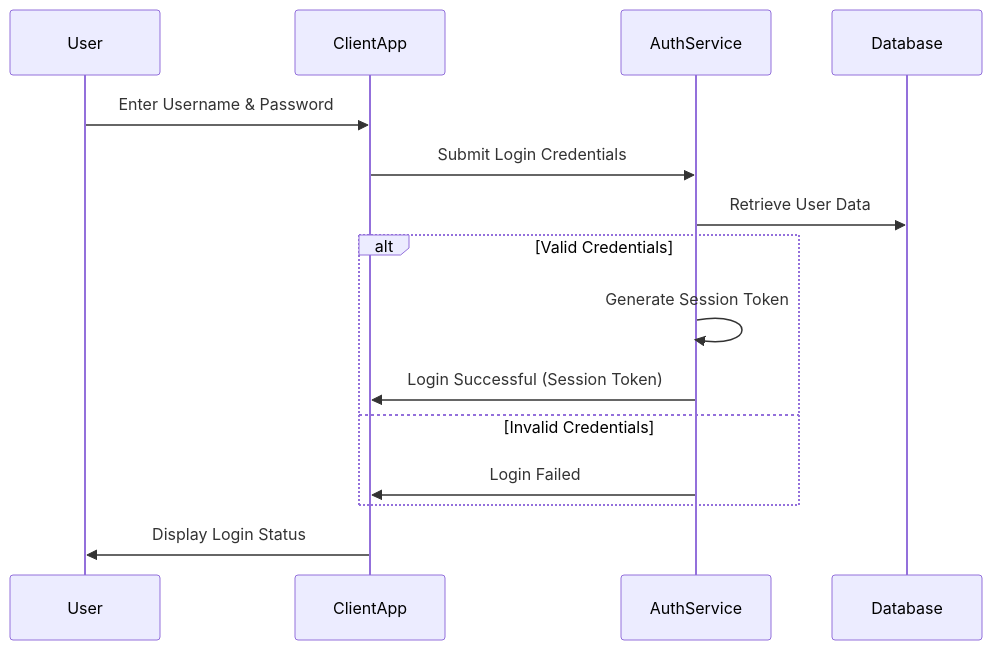
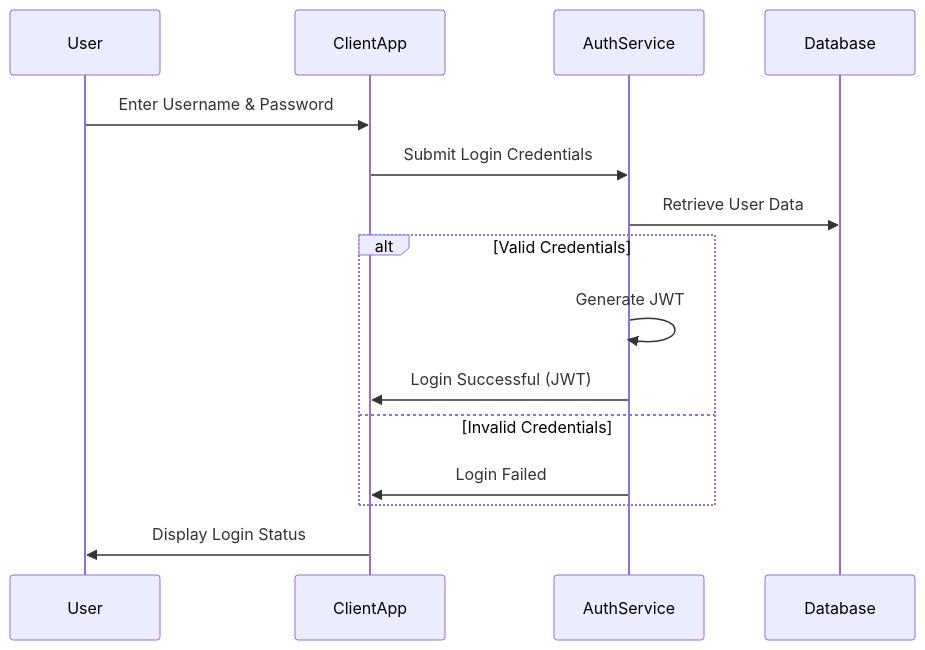
One commit to StrivingToAdoniss/PEER-tutoring-platform changed the second of 7 diagrams in docs/README.md. Above: the diagram before and after it, drawn with Mermaid. The commit also changed other lines of this file, not shown here.

Commit message:
docs: add sequence diagrams for tutor and admin

````diff
--- a/docs/README.md
+++ b/docs/README.md
@@ -27,18 +27,18 @@
 ```mermaid
 sequenceDiagram
     participant User
     participant ClientApp
     participant AuthService
     participant Database
 
     User->>ClientApp: Enter Username & Password
     ClientApp->>AuthService: Submit Login Credentials
     AuthService->>Database: Retrieve User Data
     alt Valid Credentials
-        AuthService->>AuthService: Generate Session Token
-        AuthService->>ClientApp: Login Successful (Session Token)
+        AuthService->>AuthService: Generate JWT
+        AuthService->>ClientApp: Login Successful (JWT)
     else Invalid Credentials
         AuthService->>ClientApp: Login Failed
     end
     ClientApp->>User: Display Login Status
 ```
````
